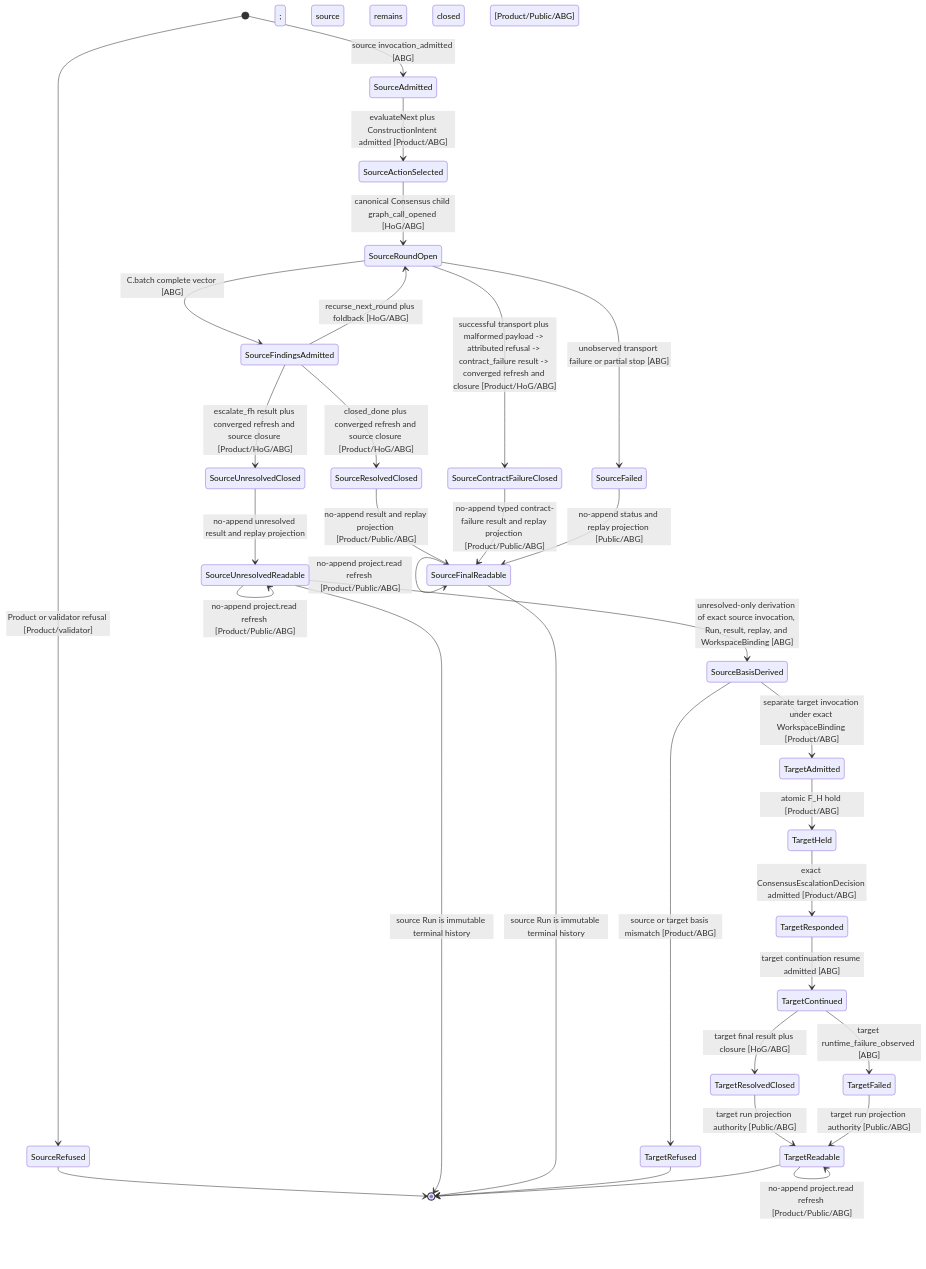
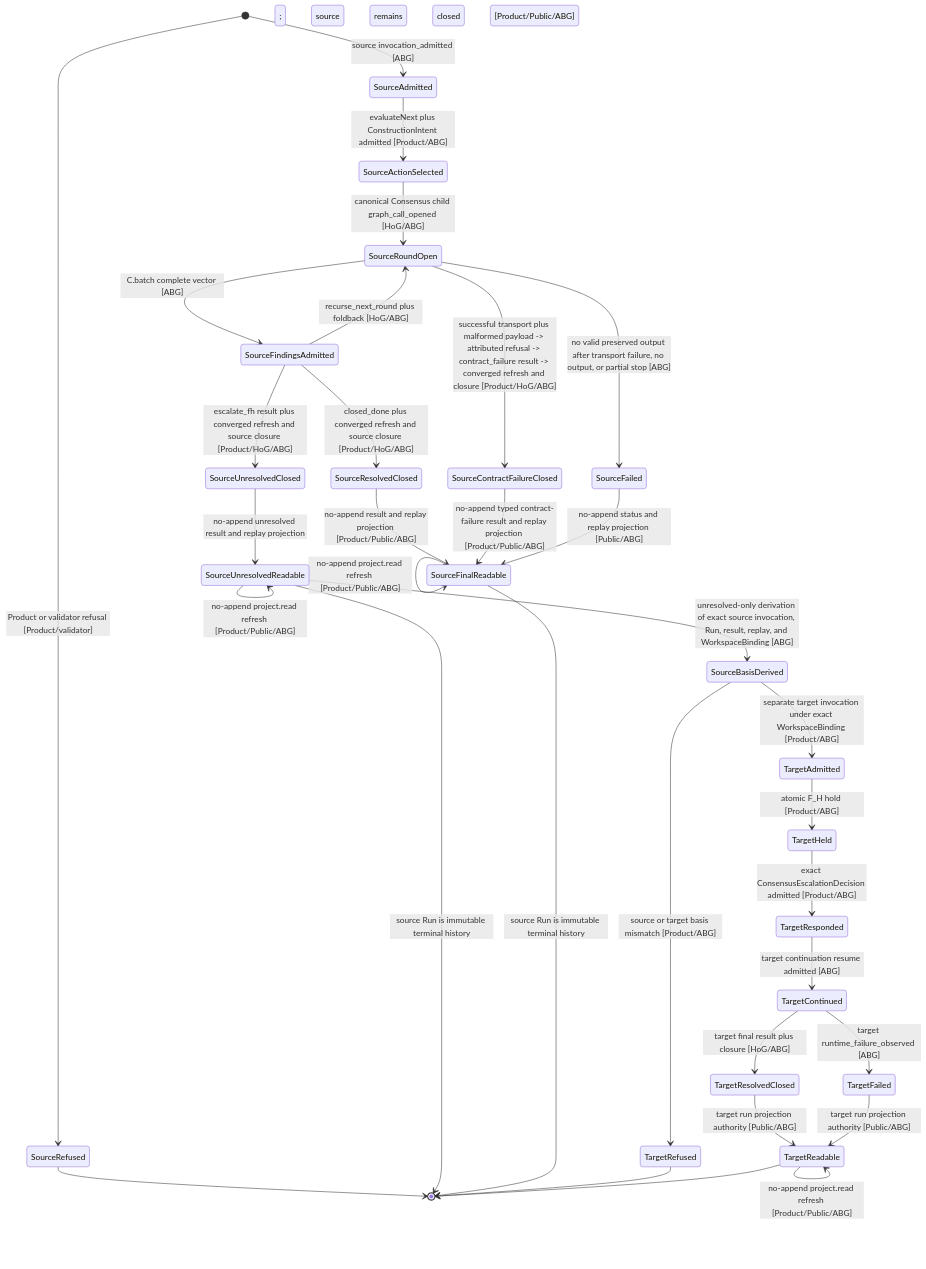
One commit to foolishimp/abiogenesis changed the tenth of 10 diagrams in build_tenants/abiogenesis/typescript/design/M05_DIRECT_GTL_TRAVERSAL_EXPANSION_DESIGN.md. Above: the diagram before and after it, drawn with Mermaid. The commit also changed other lines of this file and 20 other files, not shown here.

````diff
--- a/build_tenants/abiogenesis/typescript/design/M05_DIRECT_GTL_TRAVERSAL_EXPANSION_DESIGN.md
+++ b/build_tenants/abiogenesis/typescript/design/M05_DIRECT_GTL_TRAVERSAL_EXPANSION_DESIGN.md
@@ -2890,35 +2903,35 @@
 ```mermaid
 stateDiagram-v2
   [*] --> SourceRefused: Product or validator refusal [Product/validator]
   [*] --> SourceAdmitted: source invocation_admitted [ABG]
   SourceAdmitted --> SourceActionSelected: evaluateNext plus ConstructionIntent admitted [Product/ABG]
   SourceActionSelected --> SourceRoundOpen: canonical Consensus child graph_call_opened [HoG/ABG]
   SourceRoundOpen --> SourceFindingsAdmitted: C.batch complete vector [ABG]
   SourceRoundOpen --> SourceContractFailureClosed: successful transport plus malformed payload -> attributed refusal -> contract_failure result -> converged refresh and closure [Product/HoG/ABG]
-  SourceRoundOpen --> SourceFailed: unobserved transport failure or partial stop [ABG]
+  SourceRoundOpen --> SourceFailed: no valid preserved output after transport failure, no output, or partial stop [ABG]
   SourceFindingsAdmitted --> SourceRoundOpen: recurse_next_round plus foldback [HoG/ABG]
   SourceFindingsAdmitted --> SourceUnresolvedClosed: escalate_fh result plus converged refresh and source closure [Product/HoG/ABG]
   SourceFindingsAdmitted --> SourceResolvedClosed: closed_done plus converged refresh and source closure [Product/HoG/ABG]
   SourceUnresolvedClosed --> SourceUnresolvedReadable: no-append unresolved result and replay projection; source remains closed [Product/Public/ABG]
   SourceResolvedClosed --> SourceFinalReadable: no-append result and replay projection [Product/Public/ABG]
   SourceContractFailureClosed --> SourceFinalReadable: no-append typed contract-failure result and replay projection [Product/Public/ABG]
   SourceFailed --> SourceFinalReadable: no-append status and replay projection [Public/ABG]
   SourceUnresolvedReadable --> SourceUnresolvedReadable: no-append project.read refresh [Product/Public/ABG]
   SourceFinalReadable --> SourceFinalReadable: no-append project.read refresh [Product/Public/ABG]
   SourceUnresolvedReadable --> SourceBasisDerived: unresolved-only derivation of exact source invocation, Run, result, replay, and WorkspaceBinding [ABG]
   SourceBasisDerived --> TargetRefused: source or target basis mismatch [Product/ABG]
   SourceBasisDerived --> TargetAdmitted: separate target invocation under exact WorkspaceBinding [Product/ABG]
   TargetAdmitted --> TargetHeld: atomic F_H hold [Product/ABG]
   TargetHeld --> TargetResponded: exact ConsensusEscalationDecision admitted [Product/ABG]
   TargetResponded --> TargetContinued: target continuation resume admitted [ABG]
   TargetContinued --> TargetResolvedClosed: target final result plus closure [HoG/ABG]
   TargetContinued --> TargetFailed: target runtime_failure_observed [ABG]
   TargetResolvedClosed --> TargetReadable: target run projection authority [Public/ABG]
   TargetFailed --> TargetReadable: target run projection authority [Public/ABG]
   TargetReadable --> TargetReadable: no-append project.read refresh [Product/Public/ABG]
   SourceRefused --> [*]
   SourceUnresolvedReadable --> [*]: source Run is immutable terminal history
   SourceFinalReadable --> [*]: source Run is immutable terminal history
   TargetRefused --> [*]
   TargetReadable --> [*]
 ```
````
